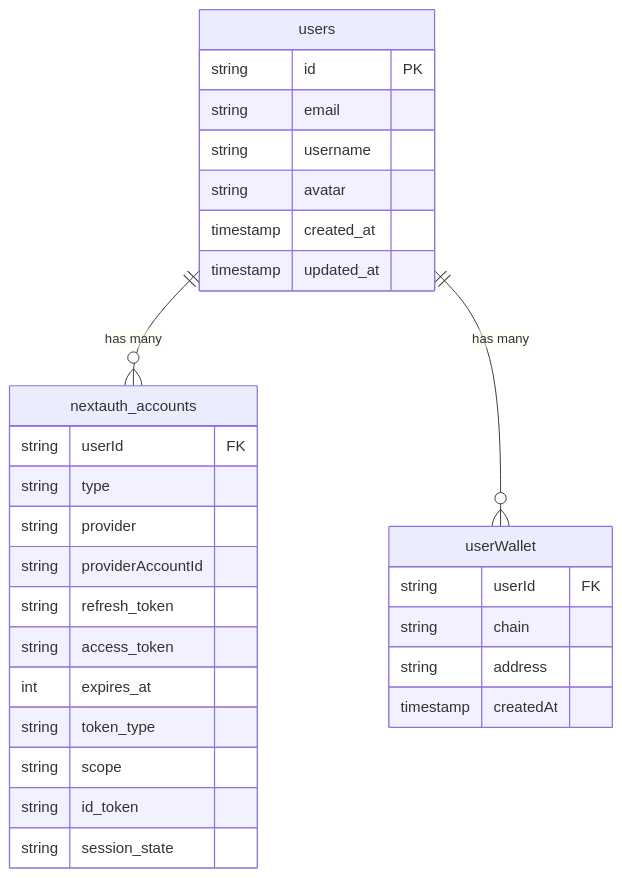
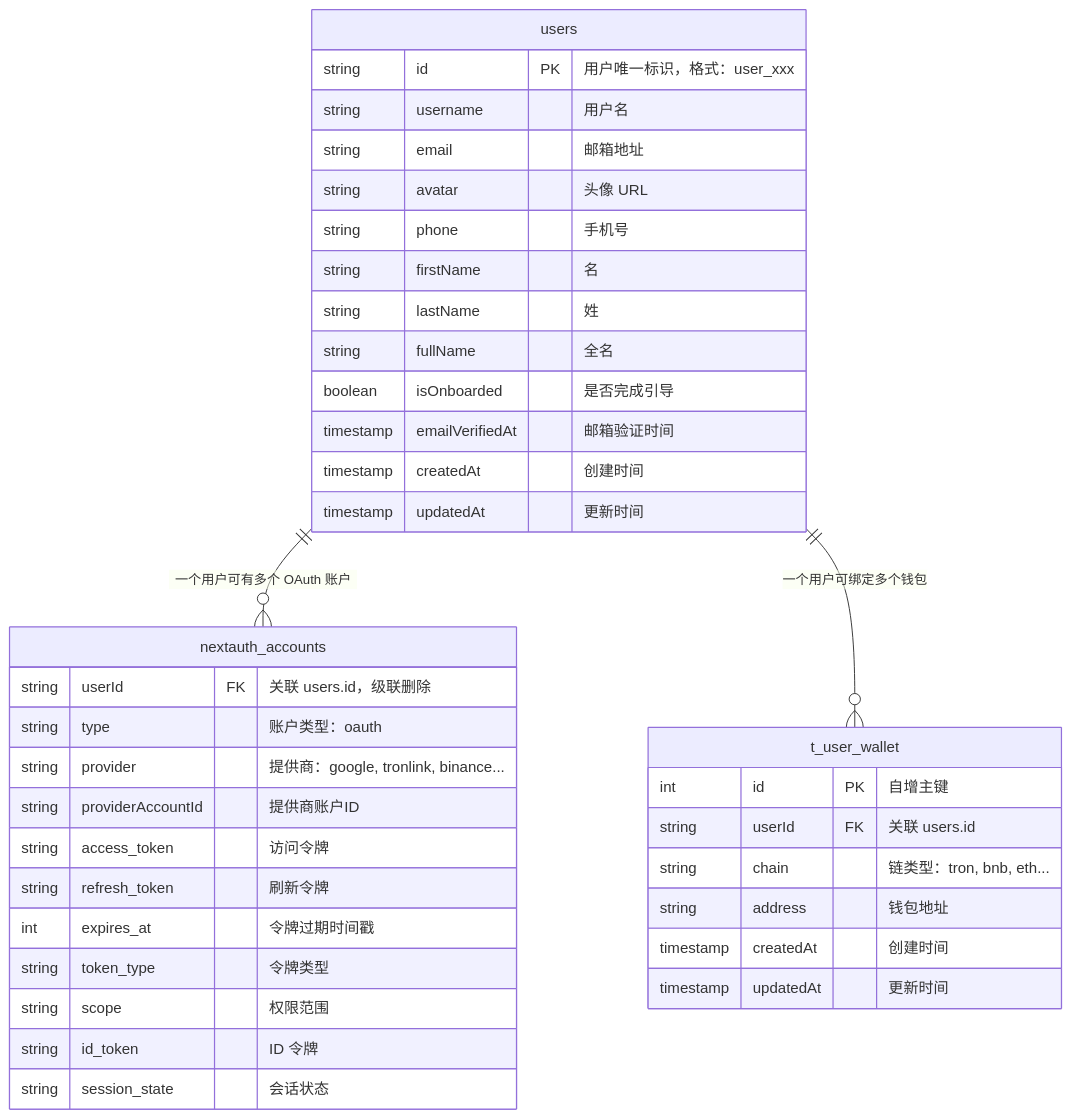
Before and after one commit to RudolphHuang/openclaw_doc: the tenth of 10 diagrams in docs/google登录技术方案.md, drawn with Mermaid. The commit also changed other lines of this file, not shown here.

````diff
--- a/docs/google登录技术方案.md
+++ b/docs/google登录技术方案.md
@@ -437,35 +447,43 @@
 ```mermaid
 erDiagram
     users {
-        string id PK
-        string email
-        string username
-        string avatar
-        timestamp created_at
-        timestamp updated_at
+        string id PK "用户唯一标识，格式：user_xxx"
+        string username "用户名"
+        string email "邮箱地址"
+        string avatar "头像 URL"
+        string phone "手机号"
+        string firstName "名"
+        string lastName "姓"
+        string fullName "全名"
+        boolean isOnboarded "是否完成引导"
+        timestamp emailVerifiedAt "邮箱验证时间"
+        timestamp createdAt "创建时间"
+        timestamp updatedAt "更新时间"
     }
     
     nextauth_accounts {
-        string userId FK
-        string type
-        string provider
-        string providerAccountId
-        string refresh_token
-        string access_token
-        int expires_at
-        string token_type
-        string scope
-        string id_token
-        string session_state
+        string userId FK "关联 users.id，级联删除"
+        string type "账户类型：oauth"
+        string provider "提供商：google, tronlink, binance..."
+        string providerAccountId "提供商账户ID"
+        string access_token "访问令牌"
+        string refresh_token "刷新令牌"
+        int expires_at "令牌过期时间戳"
+        string token_type "令牌类型"
+        string scope "权限范围"
+        string id_token "ID 令牌"
+        string session_state "会话状态"
     }
     
-    userWallet {
-        string userId FK
-        string chain
-        string address
-        timestamp createdAt
+    t_user_wallet {
+        int id PK "自增主键"
+        string userId FK "关联 users.id"
+        string chain "链类型：tron, bnb, eth..."
+        string address "钱包地址"
+        timestamp createdAt "创建时间"
+        timestamp updatedAt "更新时间"
     }
 
-    users ||--o{ nextauth_accounts : "has many"
-    users ||--o{ userWallet : "has many"
+    users ||--o{ nextauth_accounts : "一个用户可有多个 OAuth 账户"
+    users ||--o{ t_user_wallet : "一个用户可绑定多个钱包"
 ```
````
